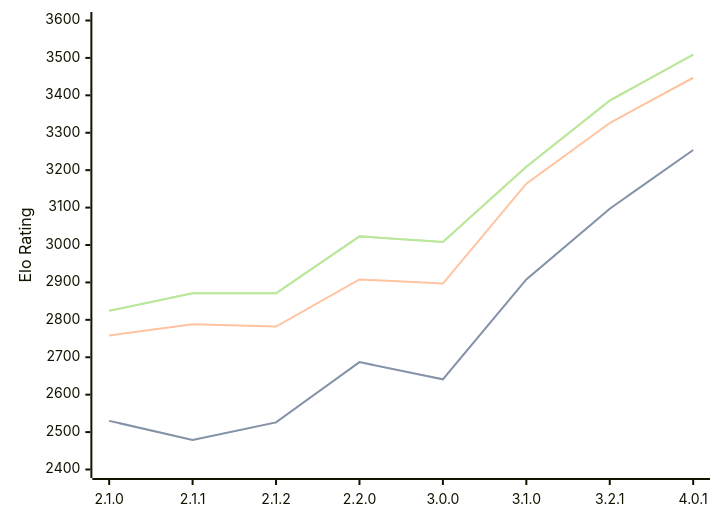
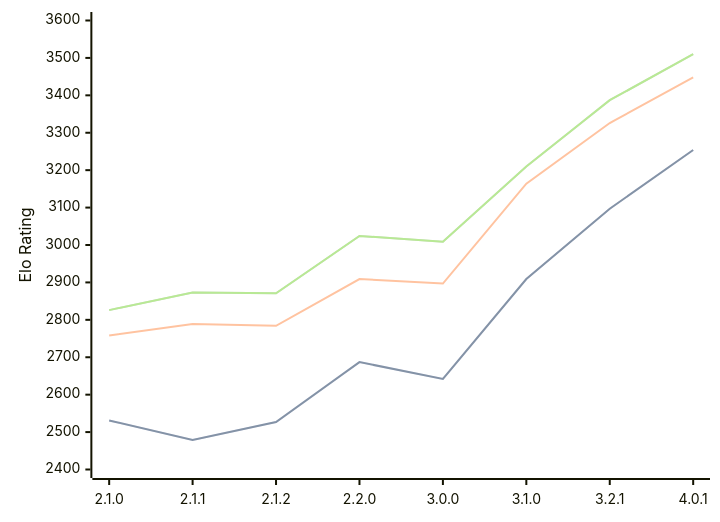
One commit to computer-chess-index/cci changed the diagram in engines/Prune.md. Above: the diagram before and after it, drawn with Mermaid. The commit also changed other lines of this file, not shown here.

Commit message:
Update CCI Ratings (ELO VLTC) - 2026-09-08

````diff
--- a/engines/Prune.md
+++ b/engines/Prune.md
@@ -40,11 +40,11 @@
 ```mermaid
 %%{init: {"theme":"base","themeVariables":{"seriesColors:['#a3a3a3','#222221','#faa371']}}}%%
 xychart-beta
   x-axis ["2.1.0", "2.1.1", "2.1.2", "2.2.0", "3.0.0", "3.1.0", "3.2.1", "4.0.1"]
   y-axis "Elo Rating" 2400 --> 3600
-  line "" [2530, 2479, 2526, 2687, 2641, 2908, 3097, 3254]
-  line "STC (8.0+0.08s)" [2530, 2479, 2526, 2687, 2641, 2908, 3097, 3254]
-  line "LTC (60.0+0.60s)" [2758, 2788, 2782, 2908, 2897, 3164, 3326, 3447]
-  line "" [2824, 2871, 2871, 3023, 3008, 3209, 3386, 3509]
-  line "VLTC (2m24s+1.12s)" [2824, 2871, 2871, 3023, 3008, 3209, 3386, 3509]
+  line "" [2531, 2479, 2527, 2687, 2642, 2909, 3097, 3254]
+  line "STC (8.0+0.08s)" [2531, 2479, 2527, 2687, 2642, 2909, 3097, 3254]
+  line "LTC (60.0+0.60s)" [2758, 2789, 2784, 2909, 2897, 3164, 3326, 3448]
+  line "" [2826, 2873, 2871, 3024, 3009, 3210, 3387, 3510]
+  line "VLTC (2m24s+1.12s)" [2826, 2873, 2871, 3024, 3009, 3210, 3387, 3510]
 ```
````
